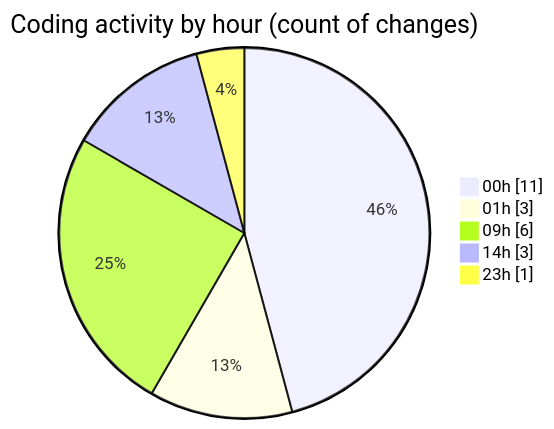
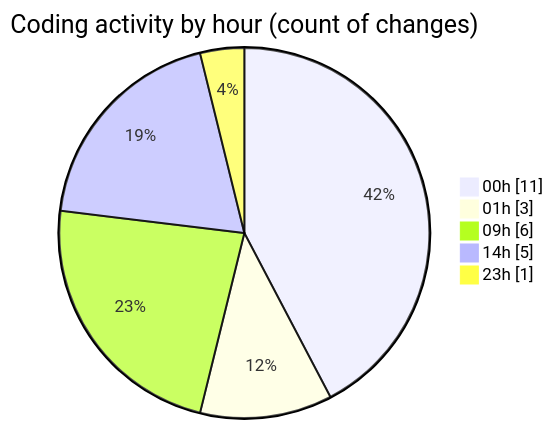
One commit to julien-gomy/code-tracking changed the second of 2 diagrams in 2025-10-17/eventscop-frontend-guide__workspace_/README.md. Above: the diagram before and after it, drawn with Mermaid. The commit also changed other lines of this file and 1 other file, not shown here.

````diff
--- a/2025-10-17/eventscop-frontend-guide__workspace_/README.md
+++ b/2025-10-17/eventscop-frontend-guide__workspace_/README.md
@@ -37,9 +37,9 @@
 ```mermaid
 pie showData
 title Coding activity by hour (count of changes)
 "00h" : 11
 "01h" : 3
 "09h" : 6
-"14h" : 3
+"14h" : 5
 "23h" : 1
 ```
````
